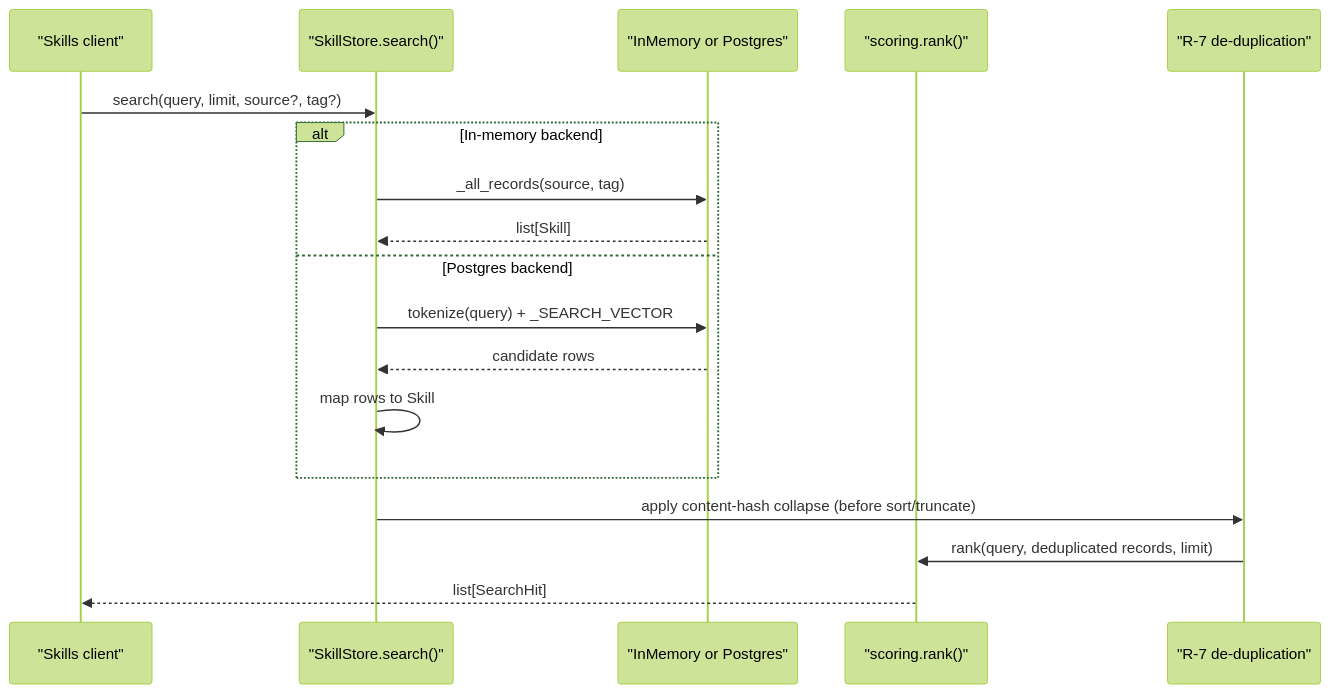
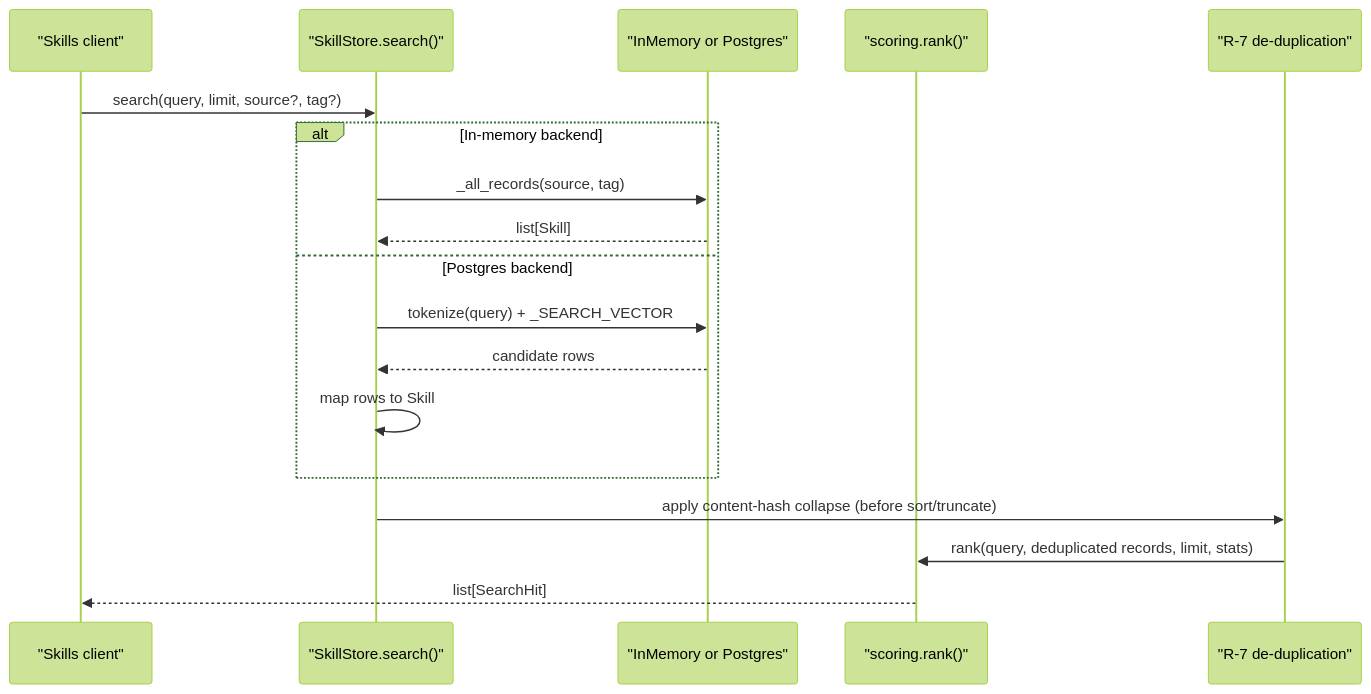
Before and after one commit to alainlei/luban-aiops: the second of 11 diagrams in .qoder/repowiki/en/content/Shared Contracts/SPEC-066_ Skill Retrieval Ranking Fidelity.md, drawn with Mermaid (forest theme). The commit also changed other lines of this file and 114 other files, not shown here.

````diff
--- a/.qoder/repowiki/en/content/Shared Contracts/SPEC-066_ Skill Retrieval Ranking Fidelity.md
+++ b/.qoder/repowiki/en/content/Shared Contracts/SPEC-066_ Skill Retrieval Ranking Fidelity.md
@@ -90,20 +91,20 @@
 ```mermaid
 sequenceDiagram
 participant Client as "Skills client"
 participant Store as "SkillStore.search()"
 participant Backend as "InMemory or Postgres"
 participant Scorer as "scoring.rank()"
 participant Dedup as "R-7 de-duplication"
 Client->>Store : search(query, limit, source?, tag?)
 alt In-memory backend
 Store->>Backend : _all_records(source, tag)
 Backend-->>Store : list[Skill]
 else Postgres backend
 Store->>Backend : tokenize(query) + _SEARCH_VECTOR
 Backend-->>Store : candidate rows
 Store->>Store : map rows to Skill
 end
 Store->>Dedup : apply content-hash collapse (before sort/truncate)
-Dedup->>Scorer : rank(query, deduplicated records, limit)
+Dedup->>Scorer : rank(query, deduplicated records, limit, stats)
 Scorer-->>Client : list[SearchHit]
 ```
````
